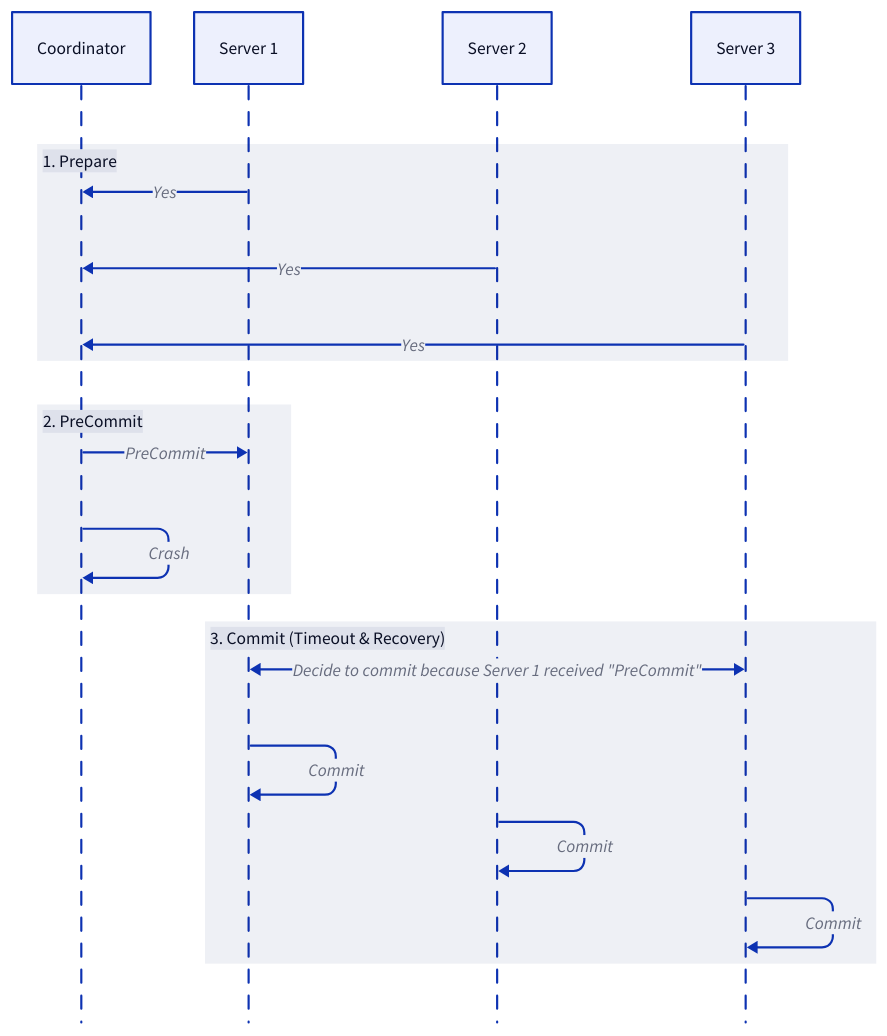
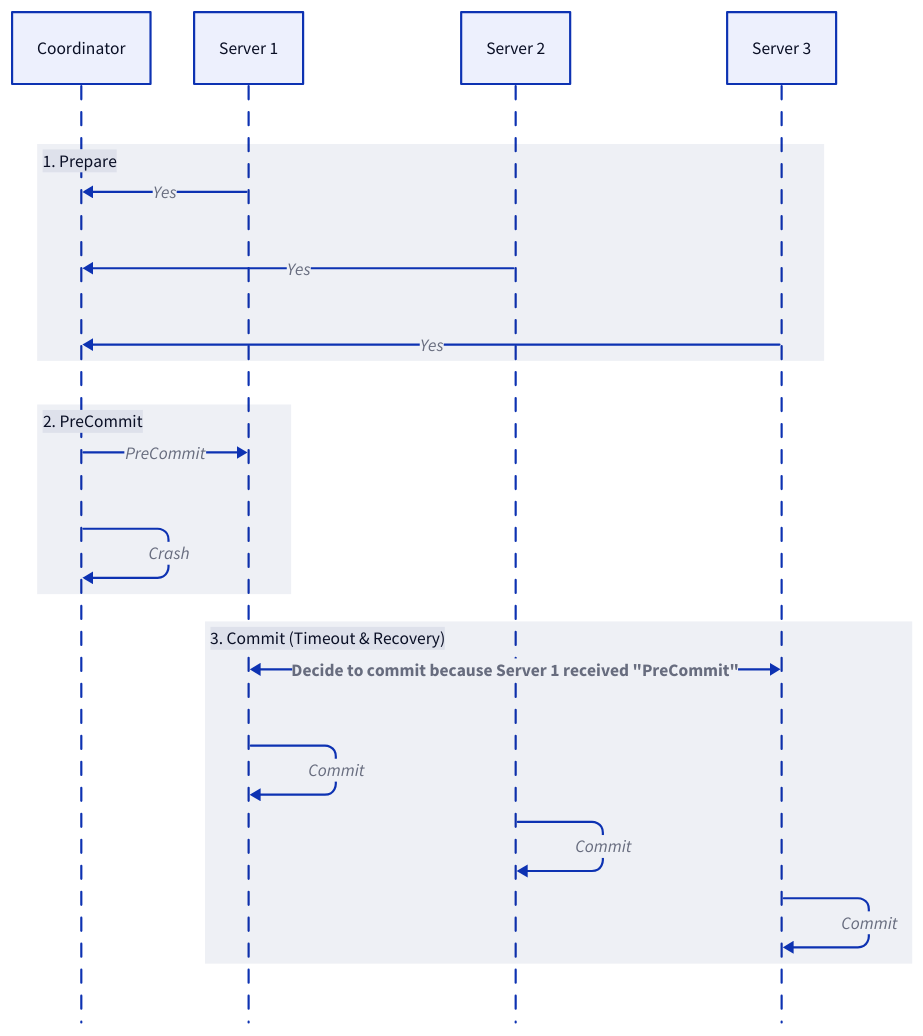
Before and after one commit to link1905/system-design-101: diagram 11 of 15 in content/docs/design-patterns/distributed-transaction/blocking-protocols.md, drawn with D2. The commit also changed other lines of this file and 12 other files, not shown here.

````diff
--- a/content/docs/design-patterns/distributed-transaction/blocking-protocols.md
+++ b/content/docs/design-patterns/distributed-transaction/blocking-protocols.md
@@ -416,32 +416,34 @@
 ```d2
 shape: sequence_diagram
 c: Coordinator {
     class: router
 }
 s1: Server 1 {
     class: server
 }
 s2: Server 2 {
     class: server
 }
 s3: Server 3 {
     class: server
 }
 "1. Prepare" {
     s1 -> c: "Yes"
     s2 -> c: "Yes"
     s3 -> c: "Yes"
 }
 "2. PreCommit" {
     c -> s1: PreCommit
     c -> c: Crash {
         class: error-conn
     }
 }
 "3. Commit (Timeout & Recovery)" {
-    s1 <-> s3: 'Decide to commit because Server 1 received "PreCommit"'
+    s1 <-> s3: 'Decide to commit because Server 1 received "PreCommit"' {
+        style.bold: true
+    }
     s1 -> s1: Commit
     s2 -> s2: Commit
     s3 -> s3: Commit
 }
 ```
````
